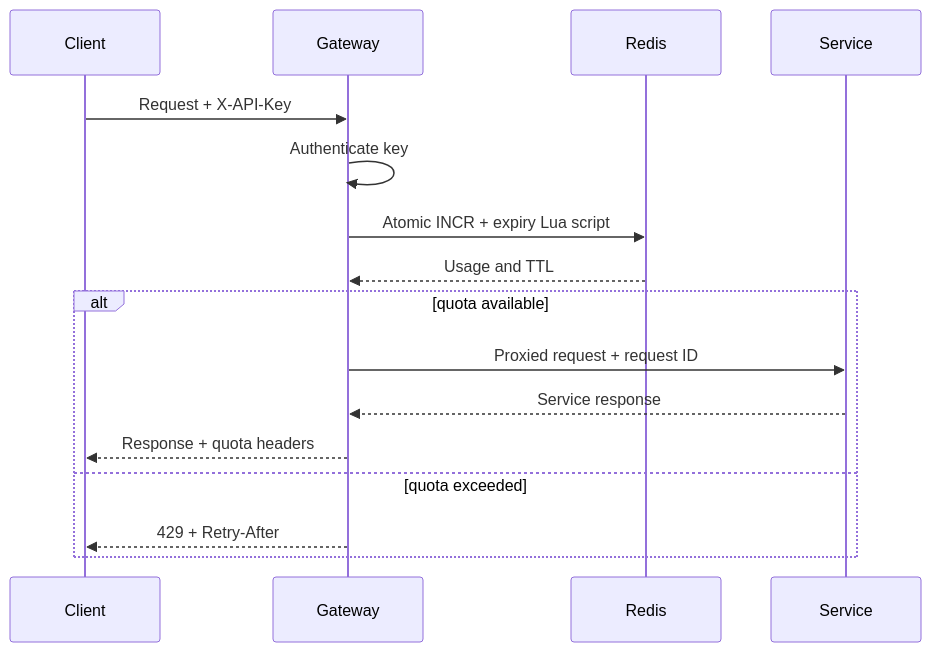
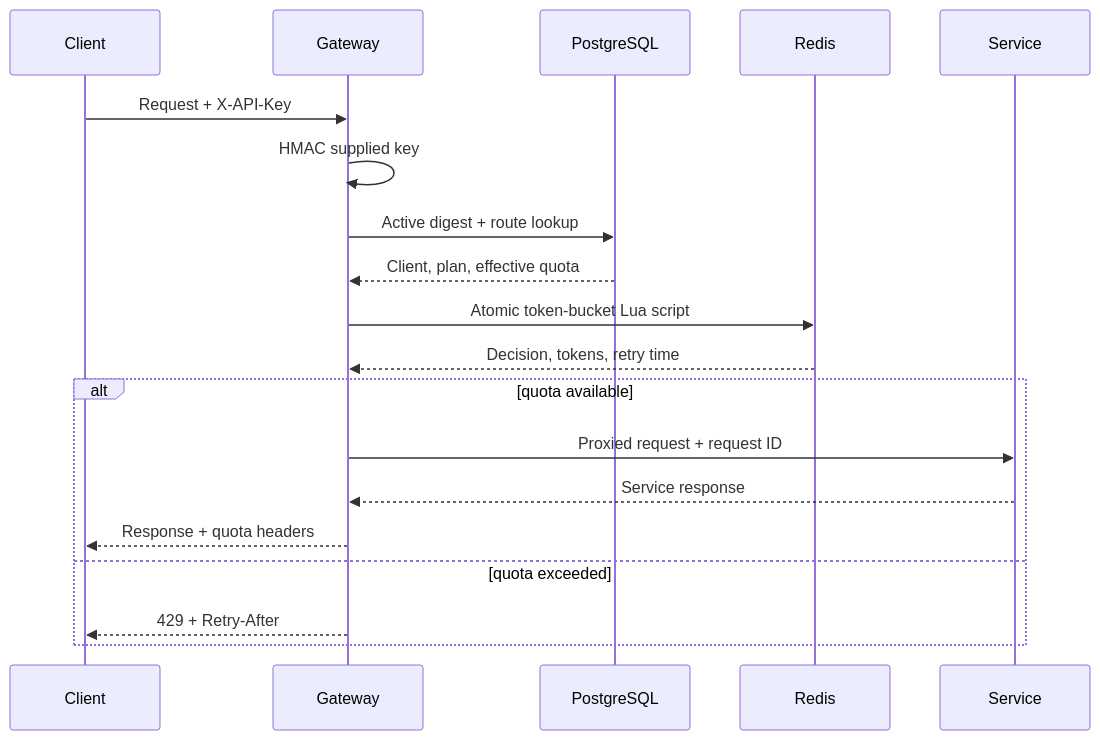
One commit to beasthphp/distributed-api-gateway changed the diagram in docs/architecture.md. Above: the diagram before and after it, drawn with Mermaid. The commit also changed other lines of this file and 25 other files, not shown here.

````diff
--- a/docs/architecture.md
+++ b/docs/architecture.md
@@ -7,18 +7,21 @@
 ```mermaid
 sequenceDiagram
     participant C as Client
     participant G as Gateway
+    participant P as PostgreSQL
     participant R as Redis
     participant S as Service
     C->>G: Request + X-API-Key
-    G->>G: Authenticate key
-    G->>R: Atomic INCR + expiry Lua script
-    R-->>G: Usage and TTL
+    G->>G: HMAC supplied key
+    G->>P: Active digest + route lookup
+    P-->>G: Client, plan, effective quota
+    G->>R: Atomic token-bucket Lua script
+    R-->>G: Decision, tokens, retry time
     alt quota available
         G->>S: Proxied request + request ID
         S-->>G: Service response
         G-->>C: Response + quota headers
     else quota exceeded
         G-->>C: 429 + Retry-After
     end
 ```
````
